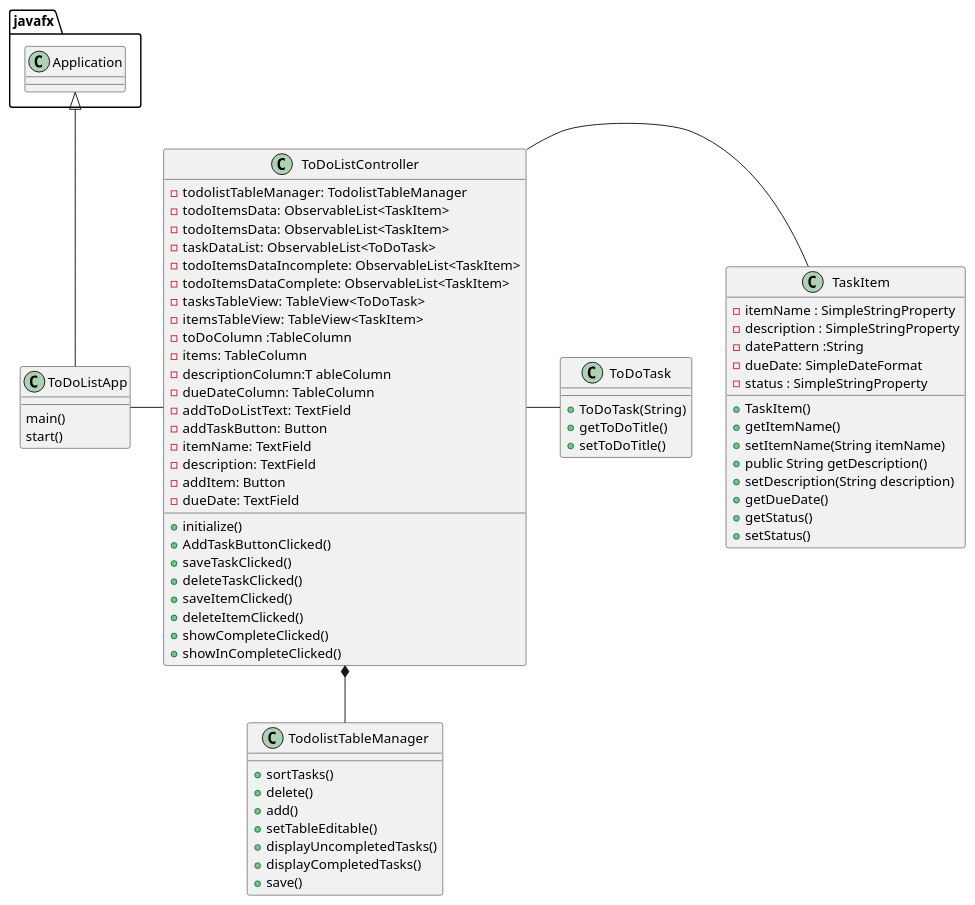
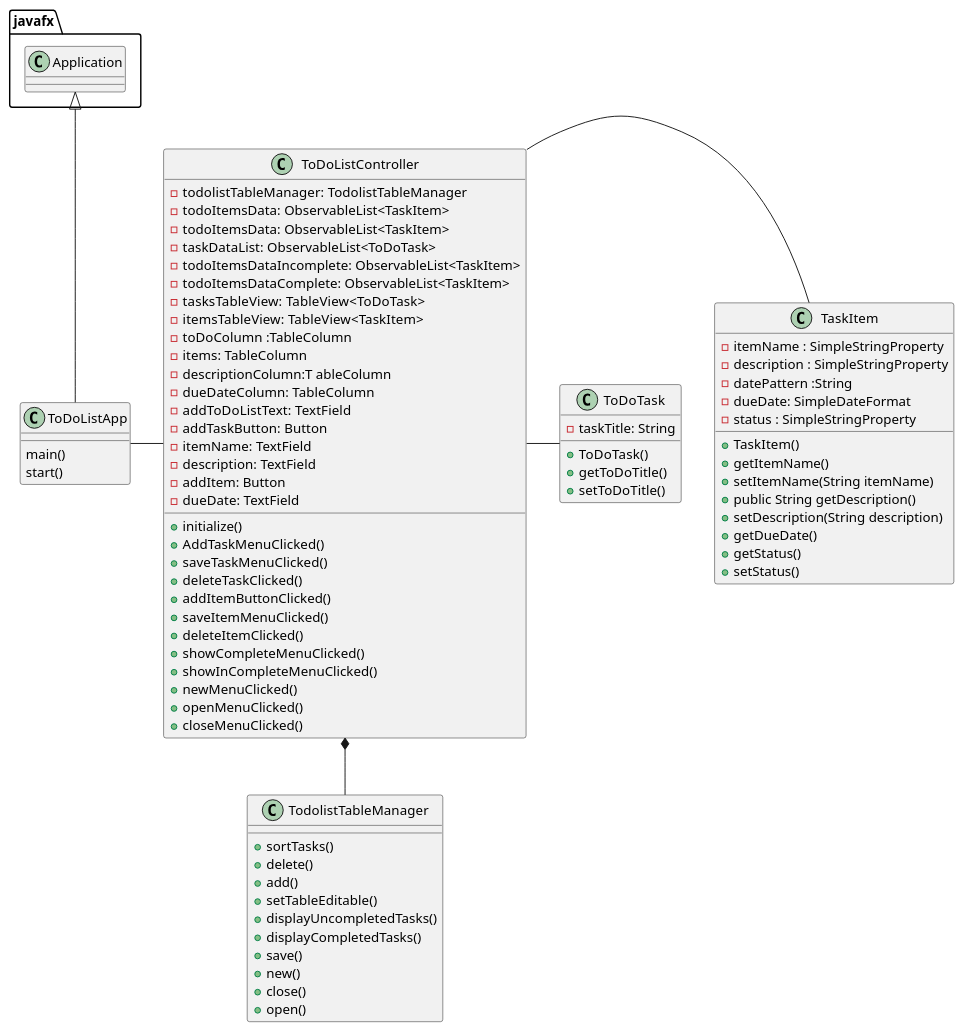
The diagram in Uml/TodoList.puml (Asad006/app4), drawn with PlantUML before and after one commit. The commit also changed 4 other files, not shown here.

```diff
--- a/Uml/TodoList.puml
+++ b/Uml/TodoList.puml
@@ -1,75 +1,84 @@
 @startuml
 class TodolistTableManager{
 + sortTasks()
 + delete()
 + add()
 + setTableEditable()
 + displayUncompletedTasks()
 + displayCompletedTasks()
 + save()
++ new()
++ close()
++ open()
 }
 
 class ToDoListController {
     - todolistTableManager: TodolistTableManager
     - todoItemsData: ObservableList<TaskItem>
     - todoItemsData: ObservableList<TaskItem>
     - taskDataList: ObservableList<ToDoTask>
     - todoItemsDataIncomplete: ObservableList<TaskItem>
     - todoItemsDataComplete: ObservableList<TaskItem>
     - tasksTableView: TableView<ToDoTask>
     - itemsTableView: TableView<TaskItem>
     - toDoColumn :TableColumn
     - items: TableColumn
     - descriptionColumn:T ableColumn
     - dueDateColumn: TableColumn
     - addToDoListText: TextField
     - addTaskButton: Button
     - itemName: TextField
     - description: TextField
     - addItem: Button
     - dueDate: TextField
 
  + initialize()
- + AddTaskButtonClicked()
- + saveTaskClicked()
+ + AddTaskMenuClicked()
+ + saveTaskMenuClicked()
  + deleteTaskClicked()
- + saveItemClicked()
+ + addItemButtonClicked()
+ + saveItemMenuClicked()
  + deleteItemClicked()
- + showCompleteClicked()
- + showInCompleteClicked()
+ + showCompleteMenuClicked()
+ + showInCompleteMenuClicked()
+ + newMenuClicked()
+ + openMenuClicked()
+ + closeMenuClicked()
+
 
 }
 
 class ToDoTask{
-+ ToDoTask(String)
+- taskTitle: String
++ ToDoTask()
 + getToDoTitle()
 + setToDoTitle()
 }
 
 class TaskItem{
     -  itemName : SimpleStringProperty
     -  description : SimpleStringProperty
     -  datePattern :String
     -  dueDate: SimpleDateFormat
     -  status : SimpleStringProperty
 + TaskItem()
 + getItemName()
 + setItemName(String itemName)
 + public String getDescription()
 + setDescription(String description)
 + getDueDate()
 + getStatus()
 + setStatus()
 
 }
 class ToDoListApp{
 main()
 start()
 }
 
 javafx.Application <|-- ToDoListApp
 ToDoListApp - ToDoListController
 ToDoListController - TaskItem
 ToDoListController - ToDoTask
 ToDoListController *-- TodolistTableManager
 @enduml
```
